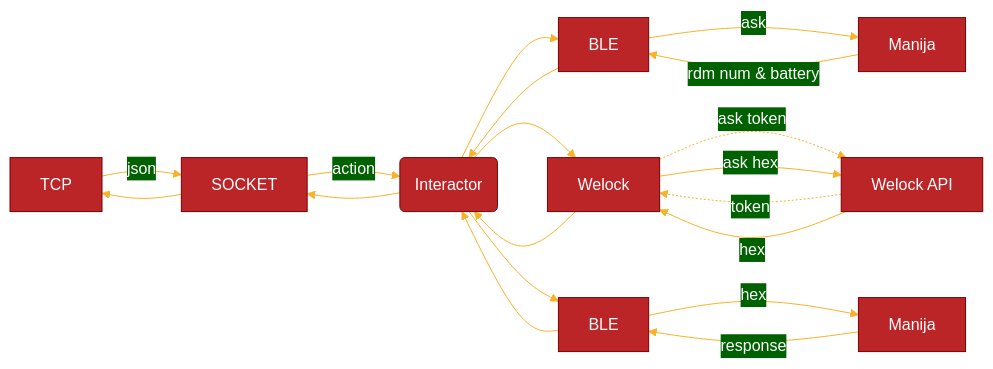
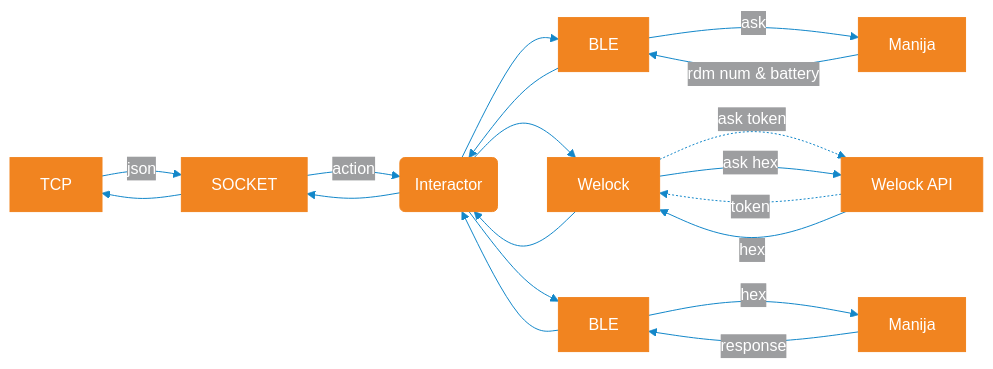
The diagram in README.md (ATICMCH/BleKotlin), drawn with Mermaid before and after one commit.

````diff
--- a/README.md
+++ b/README.md
@@ -107,45 +107,45 @@
 ```mermaid
 
 %%{
   init: {
-    'theme': 'base',
-    'themeVariables': {
-      'primaryColor': '#BB2528',
-      'primaryTextColor': '#fff',
-      'primaryBorderColor': '#7C0000',
-      'lineColor': '#F8B229',
-      'secondaryColor': '#006100',
-      'tertiaryColor': '#fff'
+    "theme": "base",
+    "themeVariables": {
+      "primaryColor": "#f18420",
+      "primaryTextColor": "#fff",
+      "primaryBorderColor": "#f18420",
+      "lineColor": "#1387c9",
+      "secondaryColor": "#9d9ea0",
+      "tertiaryColor": "#fff"
     }
-  }
+}
 }%%
 
 graph LR
 TCP -->|json| A
 A[SOCKET] -->|action|B(Interactor)
 
 B -->BLE[BLE]
 BLE--> B
 
 B -->E[Welock]
 E-->B
 
 B -->F[BLE]
 F -->B
 
 BLE --> |ask| MANIJA[Manija]
 MANIJA -->|rdm num & battery| BLE
 
 
 H -.->|token| E
 E -.->|ask token| H[Welock API]
 
 E --> |ask hex|H[Welock API]
 H -->|hex| E
 
 F --> |hex| I[Manija]
 I --> |response|F
 
 B -->
 A --> TCP
 ```
````
